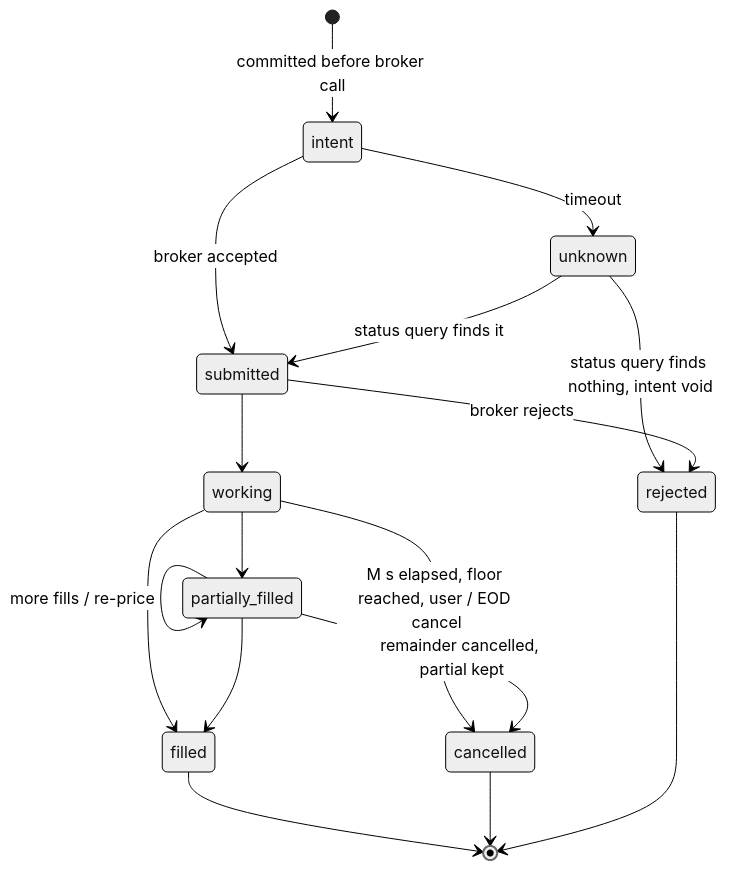
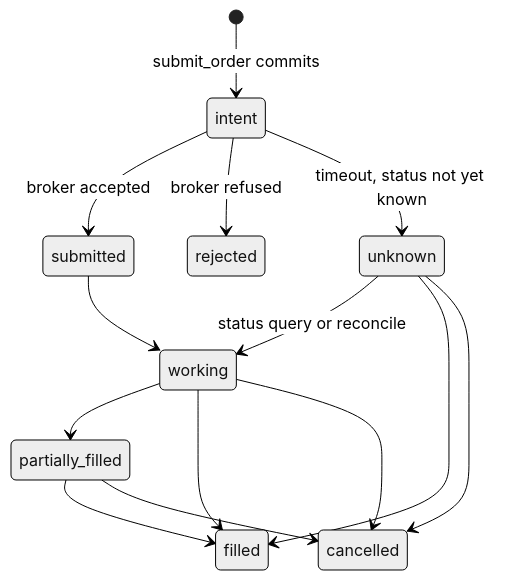
The sixth of 6 diagrams in docs/diagrams/07-data-model.md (idolrun/trading-agent), drawn with Mermaid (neutral theme) before and after one commit. The commit also changed other lines of this file and 131 other files, not shown here.

First line of the commit message:
docs: update architecture and data flow diagrams for clarity and consistency

````diff
--- a/docs/diagrams/07-data-model.md
+++ b/docs/diagrams/07-data-model.md
@@ -285,19 +386,16 @@
 ```mermaid
 stateDiagram-v2
-    [*] --> intent: committed before broker call
+    [*] --> intent: submit_order commits
     intent --> submitted: broker accepted
-    intent --> unknown: timeout
-    unknown --> submitted: status query finds it
-    unknown --> rejected: status query finds nothing, intent void
+    intent --> rejected: broker refused
+    intent --> unknown: timeout, status not yet known
     submitted --> working
     working --> partially_filled
-    partially_filled --> partially_filled: more fills / re-price
     working --> filled
+    working --> cancelled
     partially_filled --> filled
-    working --> cancelled: M s elapsed, floor reached, user / EOD cancel
-    partially_filled --> cancelled: remainder cancelled, partial kept
-    submitted --> rejected: broker rejects
-    filled --> [*]
-    cancelled --> [*]
-    rejected --> [*]
+    partially_filled --> cancelled
+    unknown --> working: status query or reconcile
+    unknown --> filled
+    unknown --> cancelled
 ```
````
